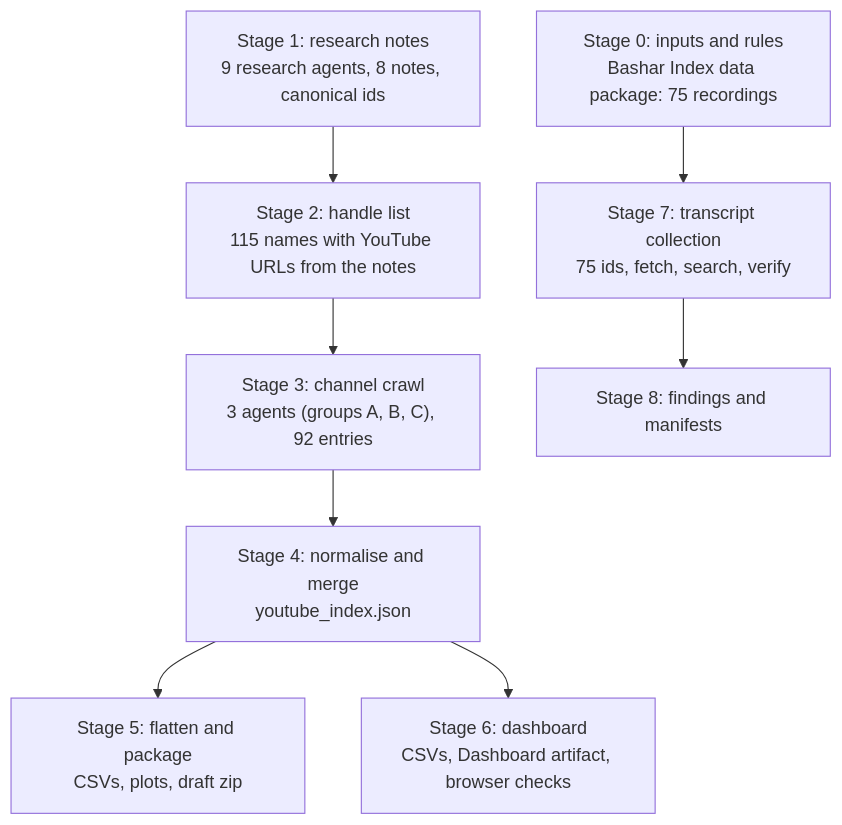
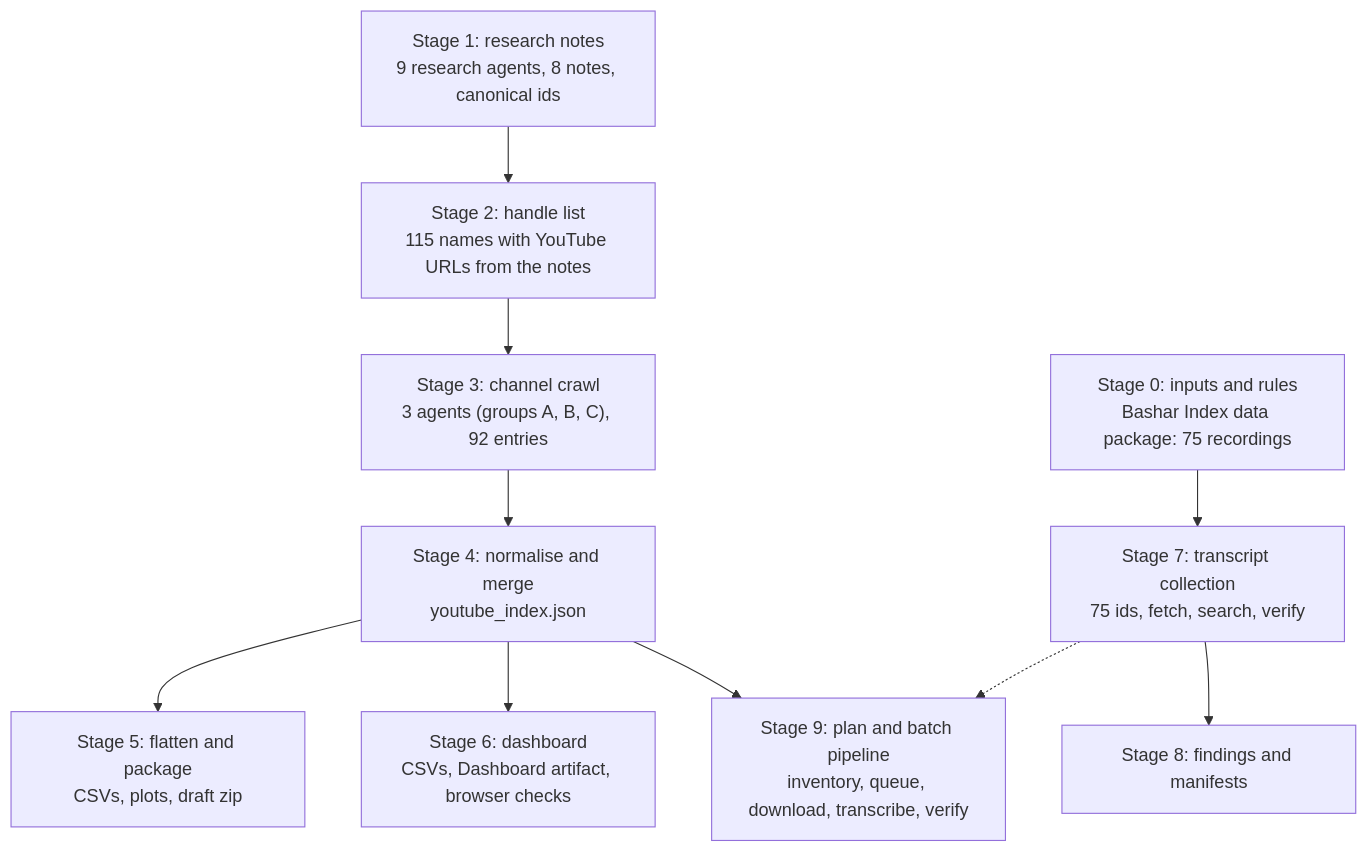
Before and after one commit to occult-kranti/bashar-index: the diagram in et-channelers/README.md, drawn with Mermaid. The commit also changed other lines of this file and 20 other files, not shown here.

````diff
--- a/et-channelers/README.md
+++ b/et-channelers/README.md
@@ -34,10 +50,12 @@
 ```mermaid
 flowchart TD
   P0["Stage 0: inputs and rules<br/>Bashar Index data package: 75 recordings"] --> S7
   S1["Stage 1: research notes<br/>9 research agents, 8 notes, canonical ids"] --> S2["Stage 2: handle list<br/>115 names with YouTube URLs from the notes"]
   S2 --> S3["Stage 3: channel crawl<br/>3 agents (groups A, B, C), 92 entries"]
   S3 --> S4["Stage 4: normalise and merge<br/>youtube_index.json"]
   S4 --> S5["Stage 5: flatten and package<br/>CSVs, plots, draft zip"]
   S4 --> S6["Stage 6: dashboard<br/>CSVs, Dashboard artifact, browser checks"]
   S7["Stage 7: transcript collection<br/>75 ids, fetch, search, verify"] --> S8["Stage 8: findings and manifests"]
+  S4 --> S9["Stage 9: plan and batch pipeline<br/>inventory, queue, download, transcribe, verify"]
+  S7 -.-> S9
 ```
````
